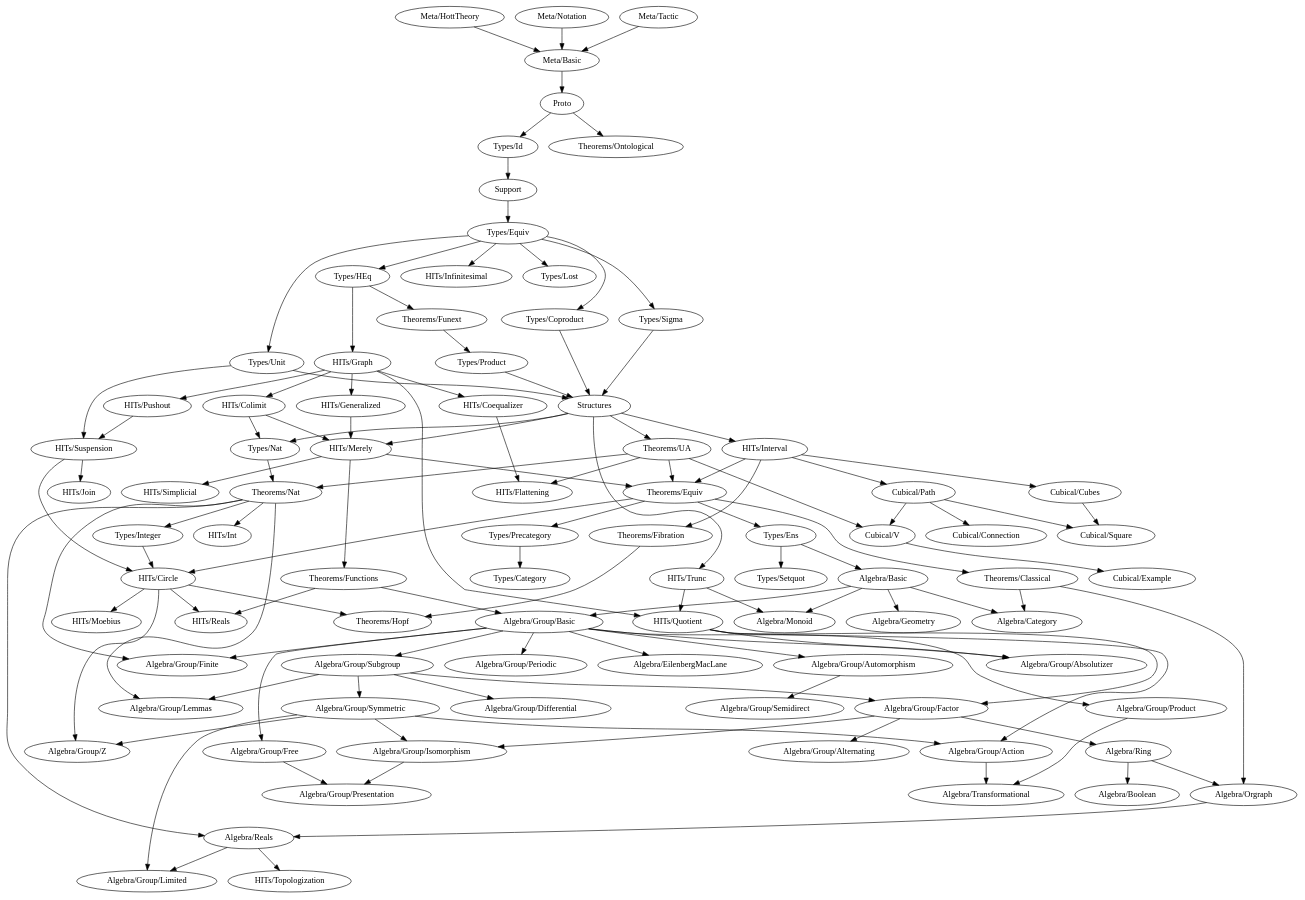
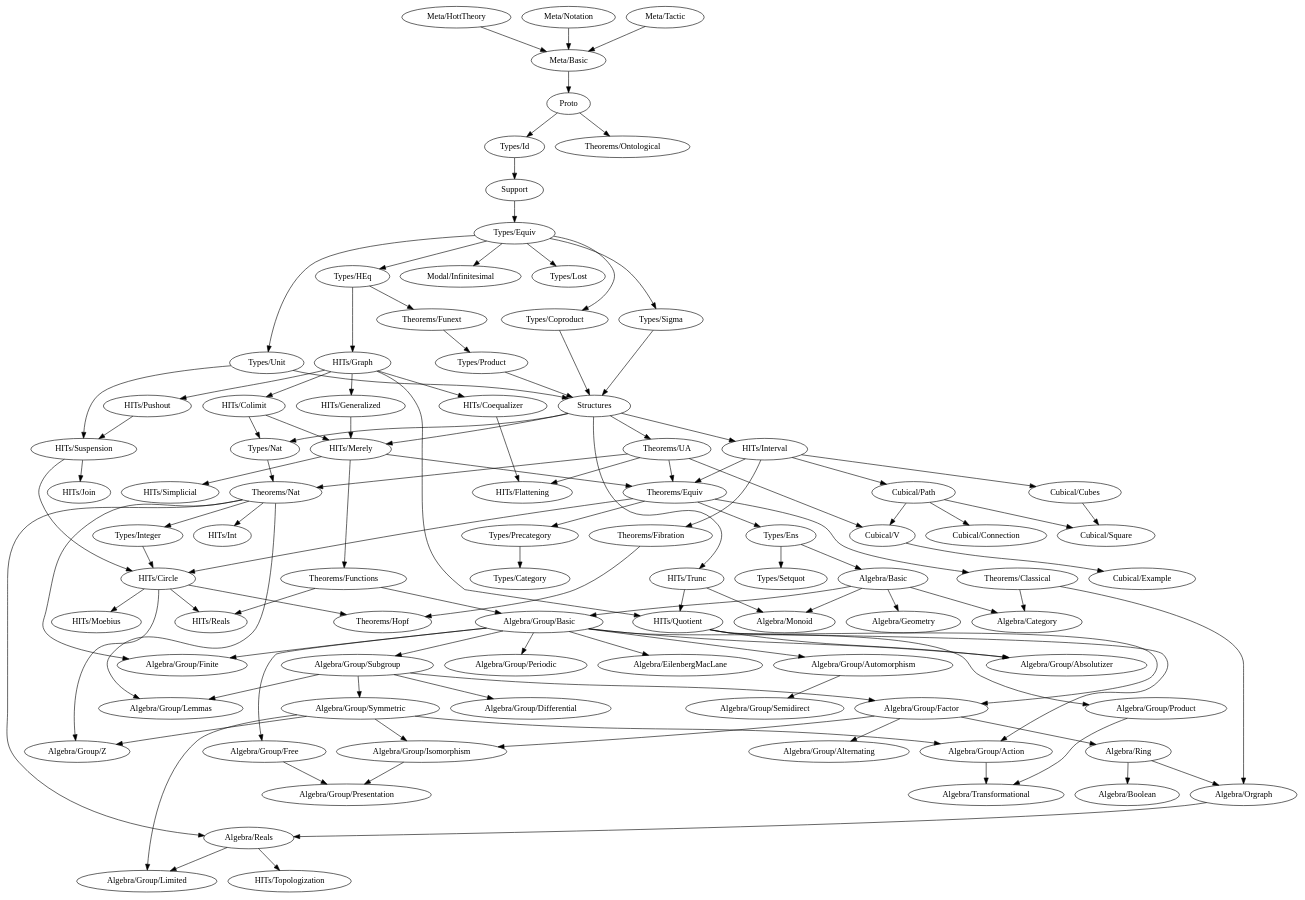
The diagram in dependency-map.gv (forked-from-1kasper/ground_zero), drawn with Graphviz before and after one commit. The commit also changed 3 other files, not shown here.

```diff
--- a/dependency-map.gv
+++ b/dependency-map.gv
@@ -1,195 +1,198 @@
 digraph dependency_map {
   Proto -> { "Types/Id", "Theorems/Ontological"}
   Support -> "Types/Equiv"
   Structures -> {
     "HITs/Interval",
     "HITs/Merely",
     "HITs/Trunc",
     "Types/Nat",
     "Theorems/UA"
   }
 
   subgraph Algebra {
     "Algebra/Basic" -> {
       "Algebra/Category",
       "Algebra/Monoid",
       "Algebra/Geometry",
       "Algebra/Group/Basic"
     }
     "Algebra/Boolean"
     "Algebra/Category"
     "Algebra/EilenbergMacLane"
     "Algebra/Geometry"
     "Algebra/Monoid"
     "Algebra/Orgraph" -> { "Algebra/Reals" }
     "Algebra/Reals" -> { "Algebra/Group/Limited", "HITs/Topologization" }
     "Algebra/Ring" -> { "Algebra/Boolean", "Algebra/Orgraph" }
     "Algebra/Transformational"
   }
 
   subgraph "Algebra/Group" {
     "Algebra/Group/Absolutizer"
     "Algebra/Group/Action" -> "Algebra/Transformational"
     "Algebra/Group/Alternating"
     "Algebra/Group/Automorphism" -> "Algebra/Group/Semidirect"
     "Algebra/Group/Basic" -> {
       "Algebra/EilenbergMacLane",
       "Algebra/Group/Finite",
       "Algebra/Group/Absolutizer",
       "Algebra/Group/Automorphism",
       "Algebra/Group/Free",
       "Algebra/Group/Periodic",
       "Algebra/Group/Product",
       "Algebra/Group/Subgroup"
     }
     "Algebra/Group/Differential"
     "Algebra/Group/Factor" -> {
       "Algebra/Ring",
       "Algebra/Group/Alternating",
       "Algebra/Group/Isomorphism"
     }
     "Algebra/Group/Finite"
     "Algebra/Group/Free" -> "Algebra/Group/Presentation"
     "Algebra/Group/Isomorphism" -> "Algebra/Group/Presentation"
     "Algebra/Group/Lemmas"
     "Algebra/Group/Limited"
     "Algebra/Group/Periodic"
     "Algebra/Group/Presentation"
     "Algebra/Group/Product" -> { "Algebra/Transformational" }
     "Algebra/Group/Semidirect"
     "Algebra/Group/Subgroup" -> {
       "Algebra/Group/Differential",
       "Algebra/Group/Factor",
       "Algebra/Group/Lemmas",
       "Algebra/Group/Symmetric"
     }
     "Algebra/Group/Symmetric" -> {
       "Algebra/Group/Limited",
       "Algebra/Group/Z",
       "Algebra/Group/Action",
       "Algebra/Group/Isomorphism"
     }
     "Algebra/Group/Z"
   }
 
   subgraph Types {
     "Types/Category"
     "Types/Coproduct" -> { Structures }
     "Types/Id" -> { Support }
     "Types/Ens" -> { "Algebra/Basic", "Types/Setquot" }
     "Types/Equiv" -> {
       "Types/HEq",
-      "HITs/Infinitesimal",
+      "Modal/Infinitesimal",
       "Types/Coproduct",
       "Types/Lost",
       "Types/Unit",
       "Types/Sigma"
     }
     "Types/HEq" -> {
       "HITs/Graph", "Theorems/Funext"
     }
     "Types/Integer" -> "HITs/Circle"
     "Types/Lost"
     "Types/Nat" -> { "Theorems/Nat" }
     "Types/Precategory" -> { "Types/Category" }
     "Types/Product" -> { Structures }
     "Types/Setquot"
     "Types/Sigma" -> { Structures }
     "Types/Unit" -> { Structures, "HITs/Suspension" }
   }
 
   subgraph HITs {
     "HITs/Circle" -> {
       "Algebra/Group/Z",
       "Theorems/Hopf",
       "HITs/Moebius",
       "HITs/Reals"
     }
     "HITs/Coequalizer" -> { "HITs/Flattening" }
     "HITs/Colimit" -> { "HITs/Merely", "Types/Nat" }
     "HITs/Flattening"
     "HITs/Generalized" -> "HITs/Merely"
     "HITs/Graph" -> {
       "HITs/Coequalizer",
       "HITs/Colimit",
       "HITs/Generalized",
       "HITs/Pushout",
       "HITs/Quotient"
     }
-    "HITs/Infinitesimal"
     "HITs/Interval" -> {
       "Cubical/Cubes",
       "Cubical/Path",
       "Theorems/Equiv",
       "Theorems/Fibration"
     }
     "HITs/Join"
     "HITs/Merely" -> {
       "Theorems/Equiv",
       "HITs/Simplicial",
       "Theorems/Functions"
     }
     "HITs/Moebius"
     "HITs/Pushout" -> {
       "HITs/Suspension"
     }
     "HITs/Quotient" -> {
       "Algebra/Group/Absolutizer",
       "Algebra/Group/Action",
       "Algebra/Group/Factor"
     }
     "HITs/Reals"
     "HITs/Simplicial"
     "HITs/Suspension" -> { "HITs/Circle", "HITs/Join" }
     "HITs/Topologization"
     "HITs/Trunc" -> { "Algebra/Monoid", "HITs/Quotient" }
   }
 
   subgraph Cubical {
     "Cubical/Connection"
     "Cubical/Cubes" -> "Cubical/Square"
     "Cubical/Example"
     "Cubical/Path" -> {
       "Cubical/Square",
       "Cubical/V",
       "Cubical/Connection"
     }
     "Cubical/Square"
     "Cubical/V" -> { "Cubical/Example" }
   }
 
   subgraph Meta {
     "Meta/Basic" -> Proto
     "Meta/HottTheory" -> "Meta/Basic"
     "Meta/Notation" -> "Meta/Basic"
     "Meta/Tactic" -> "Meta/Basic"
   }
 
+  subgraph Modal {
+    "Modal/Infinitesimal"
+  }
+
   subgraph Theorems {
     "Theorems/Classical" -> { "Algebra/Category", "Algebra/Orgraph" }
     "Theorems/Fibration" -> { "Theorems/Hopf" }
     "Theorems/Functions" -> { "HITs/Reals", "Algebra/Group/Basic" }
     "Theorems/Funext" -> { "Types/Product" }
     "Theorems/Hopf"
     "Theorems/Ontological"
     "Theorems/Nat" -> {
       "Algebra/Group/Finite",
       "Algebra/Reals",
       "HITs/Int",
       "Types/Integer",
       "Algebra/Group/Lemmas"
     }
     "Theorems/Equiv" -> {
       "HITs/Circle",
       "Types/Ens",
       "Types/Precategory",
       "Theorems/Classical"
     }
     "Theorems/UA" -> {
       "HITs/Flattening",
       "Theorems/Nat",
       "Theorems/Equiv",
       "Cubical/V"
     }
   }
 }
```
